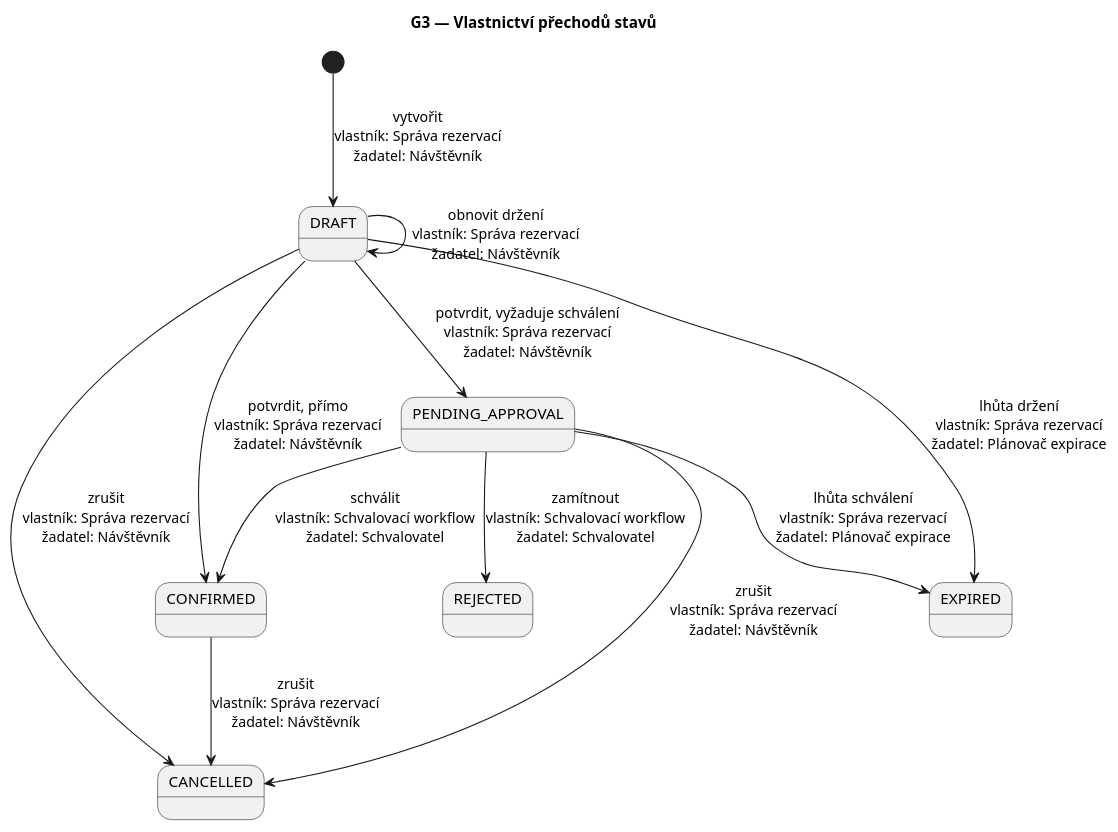
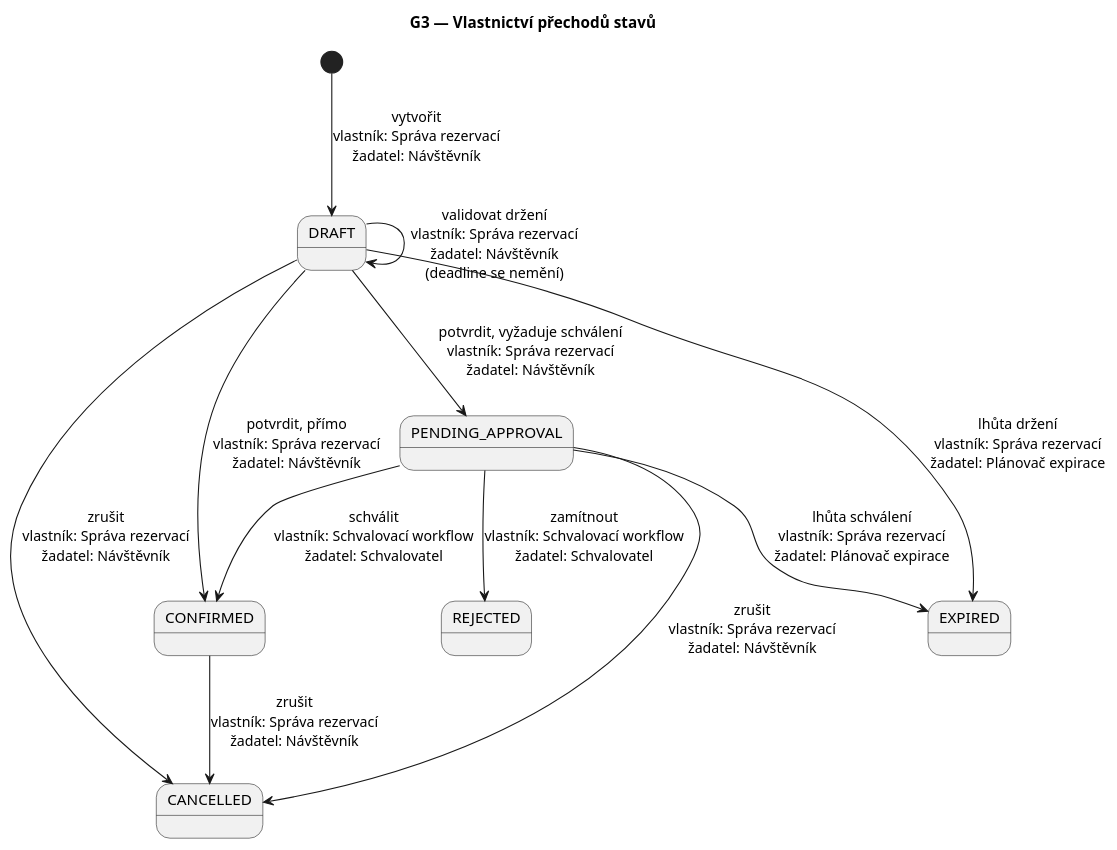
The diagram in docs/diagrams/c03/state-ownership.puml (jn-flk/SWI), drawn with PlantUML before and after one commit. The commit also changed 18 other files, not shown here.

```diff
--- a/docs/diagrams/c03/state-ownership.puml
+++ b/docs/diagrams/c03/state-ownership.puml
@@ -1,22 +1,22 @@
 @startuml
 title G3 — Vlastnictví přechodů stavů
 
 state DRAFT
 state PENDING_APPROVAL
 state CONFIRMED
 state REJECTED
 state CANCELLED
 state EXPIRED
 
 [*] --> DRAFT : vytvořit\nvlastník: Správa rezervací\nžadatel: Návštěvník
 DRAFT --> CONFIRMED : potvrdit, přímo\nvlastník: Správa rezervací\nžadatel: Návštěvník
 DRAFT --> PENDING_APPROVAL : potvrdit, vyžaduje schválení\nvlastník: Správa rezervací\nžadatel: Návštěvník
-DRAFT --> DRAFT : obnovit držení\nvlastník: Správa rezervací\nžadatel: Návštěvník
+DRAFT --> DRAFT : validovat držení\nvlastník: Správa rezervací\nžadatel: Návštěvník\n(deadline se nemění)
 PENDING_APPROVAL --> CONFIRMED : schválit\nvlastník: Schvalovací workflow\nžadatel: Schvalovatel
 PENDING_APPROVAL --> REJECTED : zamítnout\nvlastník: Schvalovací workflow\nžadatel: Schvalovatel
 DRAFT --> CANCELLED : zrušit\nvlastník: Správa rezervací\nžadatel: Návštěvník
 PENDING_APPROVAL --> CANCELLED : zrušit\nvlastník: Správa rezervací\nžadatel: Návštěvník
 CONFIRMED --> CANCELLED : zrušit\nvlastník: Správa rezervací\nžadatel: Návštěvník
 DRAFT --> EXPIRED : lhůta držení\nvlastník: Správa rezervací\nžadatel: Plánovač expirace
 PENDING_APPROVAL --> EXPIRED : lhůta schválení\nvlastník: Správa rezervací\nžadatel: Plánovač expirace
 @enduml
```
